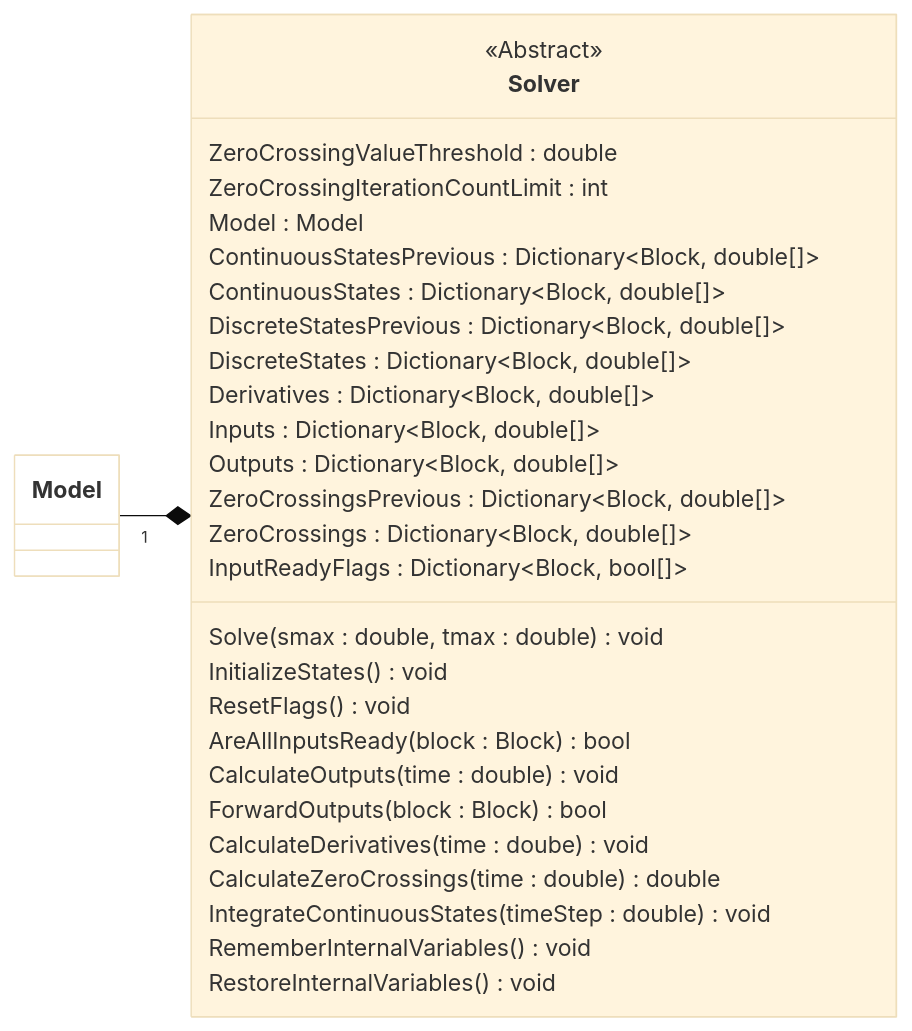
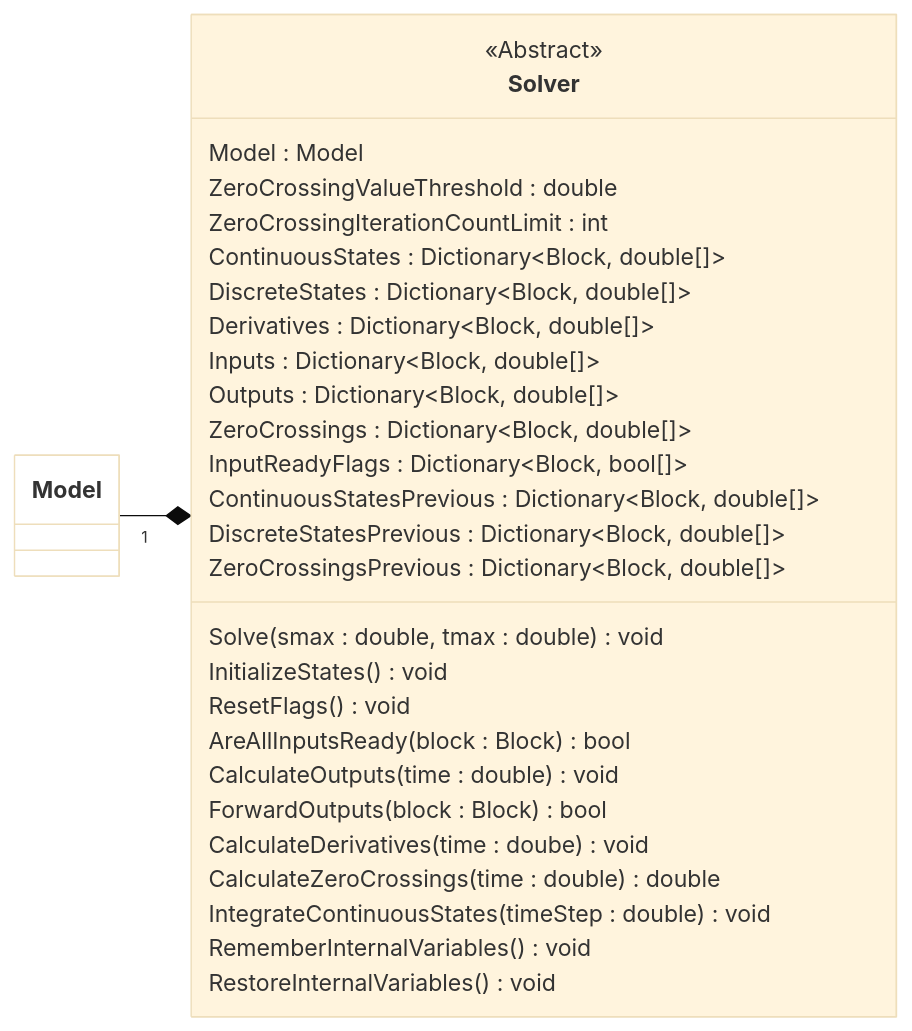
One commit to ghackenberg/kurs-computer-simulation changed the diagram in Quellen/WS25/SFunctionHybrid/Solver.mmd. Above: the diagram before and after it, drawn with Mermaid (base theme). The commit also changed other lines of this file and 1 other file, not shown here.

```diff
--- a/Quellen/WS25/SFunctionHybrid/Solver.mmd
+++ b/Quellen/WS25/SFunctionHybrid/Solver.mmd
@@ -1,38 +1,38 @@
 classDiagram
 
     direction LR
 
     class Model {
     }
 
     class Solver {
         <<Abstract>>
+        Model : Model
         ZeroCrossingValueThreshold : double
         ZeroCrossingIterationCountLimit : int
-        Model : Model
-        ContinuousStatesPrevious : Dictionary~Block, double[]~
         ContinuousStates : Dictionary~Block, double[]~
-        DiscreteStatesPrevious : Dictionary~Block, double[]~
         DiscreteStates : Dictionary~Block, double[]~
         Derivatives : Dictionary~Block, double[]~
         Inputs : Dictionary~Block, double[]~
         Outputs : Dictionary~Block, double[]~
-        ZeroCrossingsPrevious : Dictionary~Block, double[]~
         ZeroCrossings : Dictionary~Block, double[]~
         InputReadyFlags : Dictionary~Block, bool[]~
+        ContinuousStatesPrevious : Dictionary~Block, double[]~
+        DiscreteStatesPrevious : Dictionary~Block, double[]~
+        ZeroCrossingsPrevious : Dictionary~Block, double[]~
         Solve(smax : double, tmax : double) void
         InitializeStates() void
         ResetFlags() void
         AreAllInputsReady(block : Block) bool
         CalculateOutputs(time : double) void
         ForwardOutputs(block : Block) bool 
         CalculateDerivatives(time : doube) void
         CalculateZeroCrossings(time : double) double
         IntegrateContinuousStates(timeStep : double) void
         RememberInternalVariables() void
         RestoreInternalVariables() void
     }
 
     Model "1" --* Solver
 
     style Model fill:white
```
